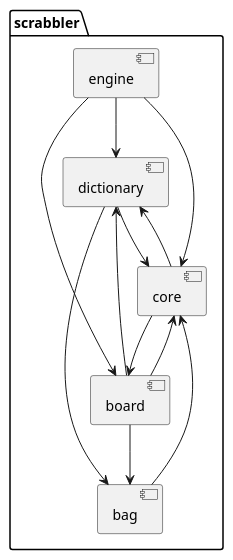
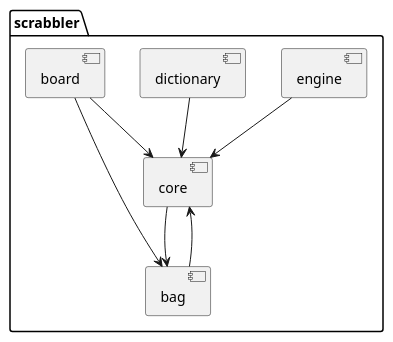
One commit to tizianolattisi/scrabbler changed the diagram in docs/components.puml. Above: the diagram before and after it, drawn with PlantUML. The commit also changed 11 other files, not shown here.

```diff
--- a/docs/components.puml
+++ b/docs/components.puml
@@ -1,16 +1,11 @@
 @startuml
 
 package "scrabbler" {
-[engine] --> [dictionary]
-[engine] --> [board]
 [engine] --> [core]
-[dictionary] --> [bag]
 [dictionary] --> [core]
-[core] --> [board]
-[core] --> [dictionary]
+[core] --> [bag]
 [board] --> [bag]
 [board] --> [core]
-[board] --> [dictionary]
 [bag] --> [core]
 }
 @enduml
```
